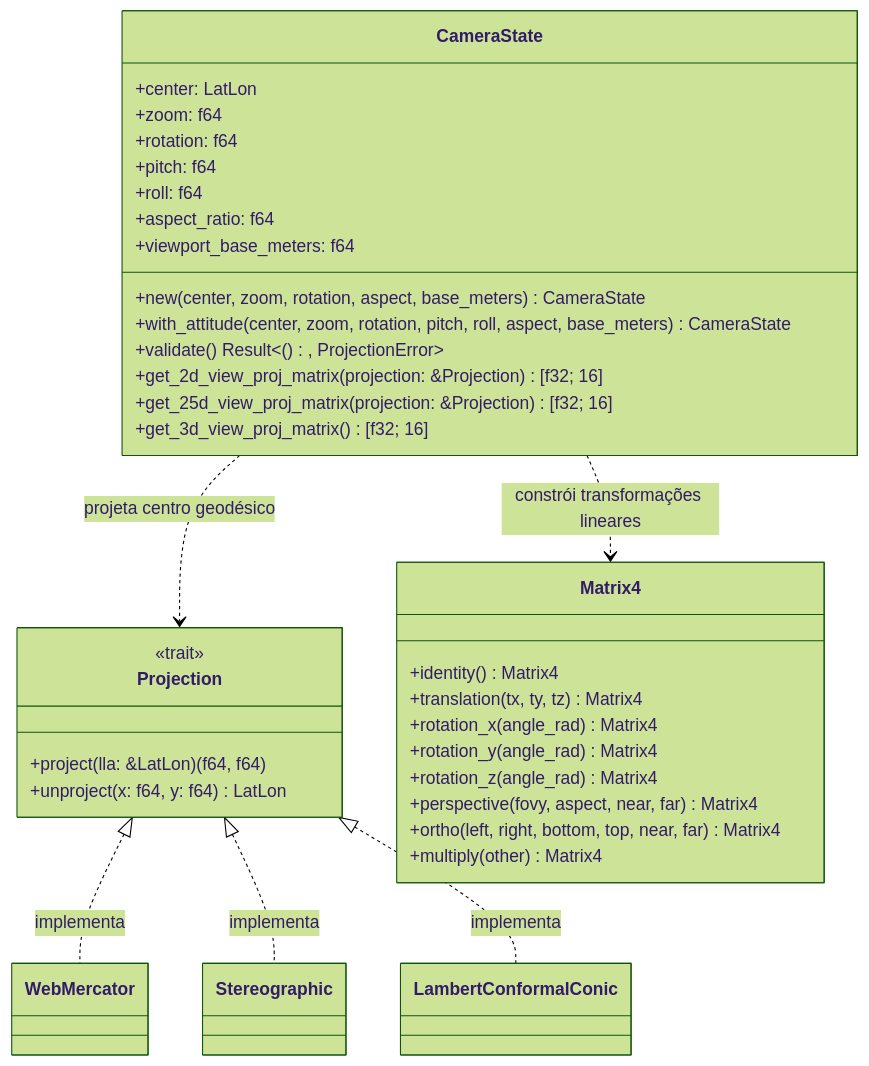
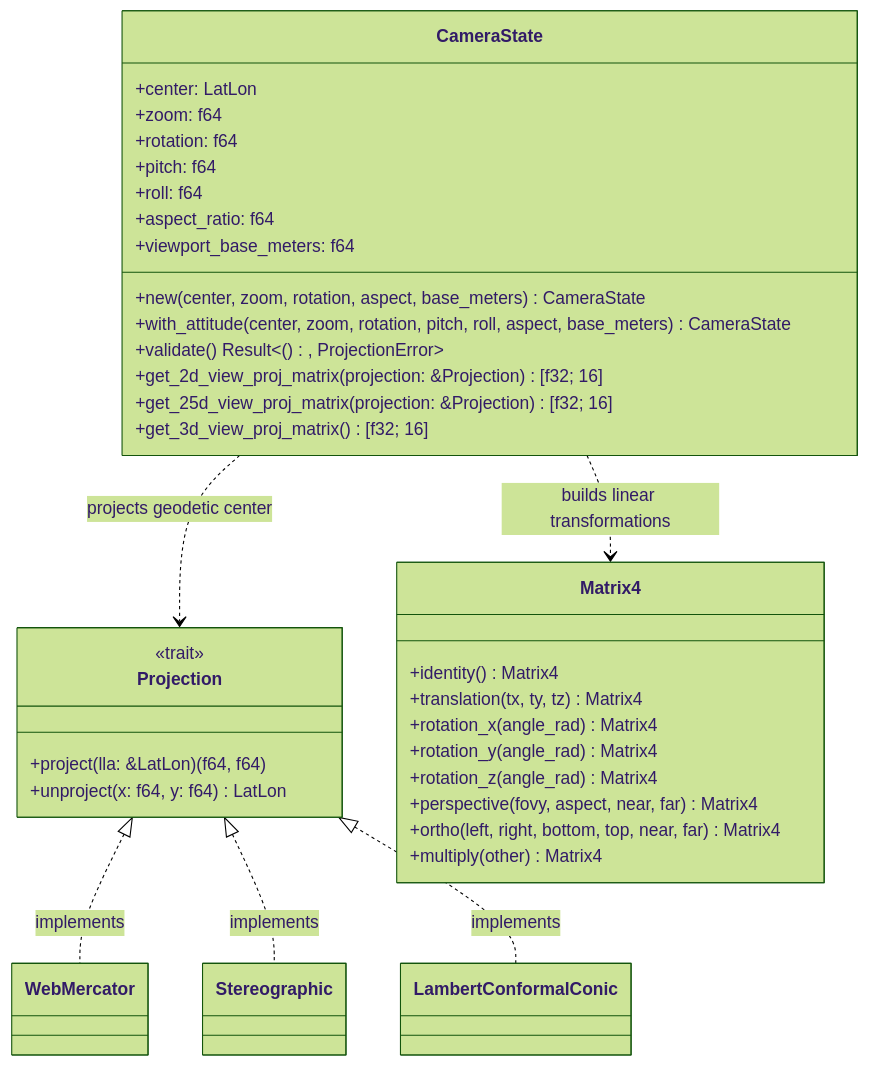
The diagram in docs/core/camera/arch.md (rodoni/olayer), drawn with Mermaid (forest theme) before and after one commit. The commit also changed other lines of this file and 29 other files, not shown here.

````diff
--- a/docs/core/camera/arch.md
+++ b/docs/core/camera/arch.md
@@ -23,44 +23,44 @@
 ```mermaid
 classDiagram
     direction TB
 
     class CameraState {
         +center: LatLon
         +zoom: f64
         +rotation: f64
         +pitch: f64
         +roll: f64
         +aspect_ratio: f64
         +viewport_base_meters: f64
         +new(center, zoom, rotation, aspect, base_meters) CameraState
         +with_attitude(center, zoom, rotation, pitch, roll, aspect, base_meters) CameraState
         +validate() Result<(), ProjectionError>
         +get_2d_view_proj_matrix(projection: &Projection) [f32; 16]
         +get_25d_view_proj_matrix(projection: &Projection) [f32; 16]
         +get_3d_view_proj_matrix() [f32; 16]
     }
 
     class Projection {
         <<trait>>
         +project(lla: &LatLon) (f64, f64)
         +unproject(x: f64, y: f64) LatLon
     }
 
     class Matrix4 {
         +identity() Matrix4
         +translation(tx, ty, tz) Matrix4
         +rotation_x(angle_rad) Matrix4
         +rotation_y(angle_rad) Matrix4
         +rotation_z(angle_rad) Matrix4
         +perspective(fovy, aspect, near, far) Matrix4
         +ortho(left, right, bottom, top, near, far) Matrix4
         +multiply(other) Matrix4
     }
 
-    %% Relações
-    CameraState ..> Projection : projeta centro geodésico
-    CameraState ..> Matrix4 : constrói transformações lineares
-    Projection <|.. WebMercator : implementa
-    Projection <|.. Stereographic : implementa
-    Projection <|.. LambertConformalConic : implementa
+    %% Relationships
+    CameraState ..> Projection : projects geodetic center
+    CameraState ..> Matrix4 : builds linear transformations
+    Projection <|.. WebMercator : implements
+    Projection <|.. Stereographic : implements
+    Projection <|.. LambertConformalConic : implements
 ```
````
